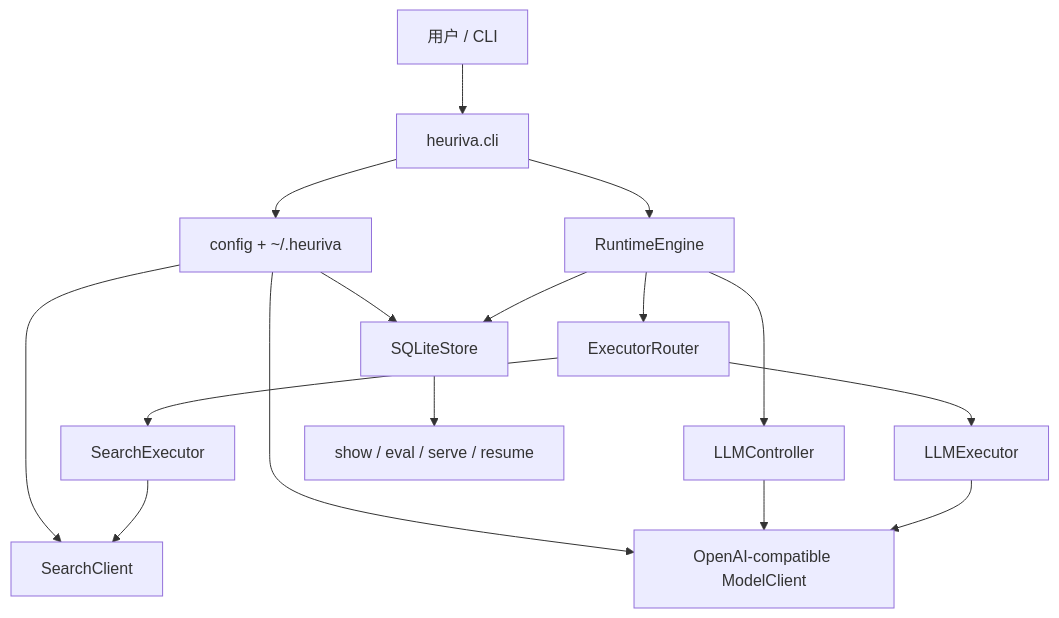
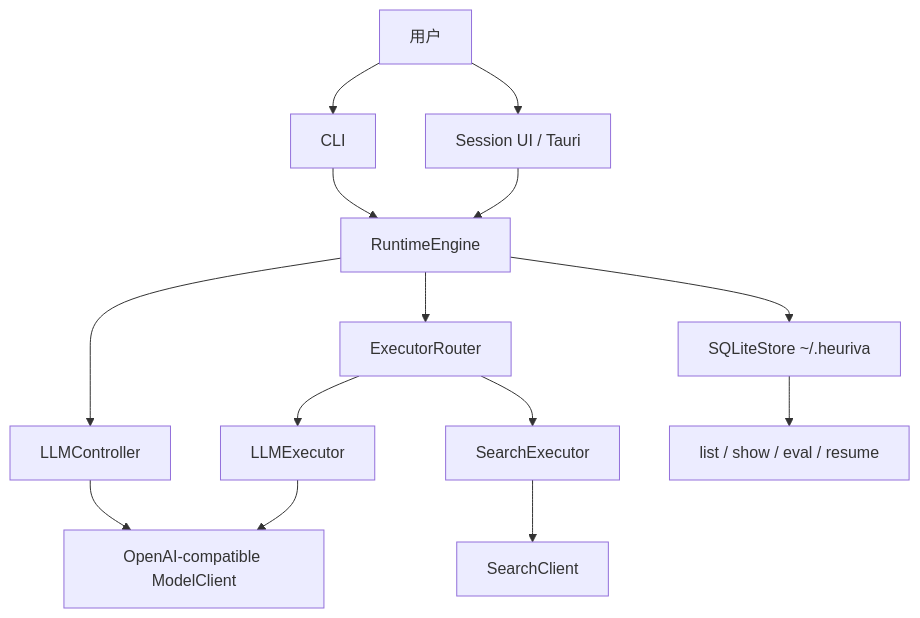
One commit to ingeniousfrog/Heuriva changed the diagram in README-CN.md. Above: the diagram before and after it, drawn with Mermaid. The commit also changed other lines of this file and 1 other file, not shown here.

````diff
--- a/README-CN.md
+++ b/README-CN.md
@@ -82,18 +118,16 @@
 ```mermaid
 flowchart TD
-    User["用户 / CLI"] --> CLI["heuriva.cli"]
-    CLI --> Config["config + ~/.heuriva"]
+    User["用户"] --> CLI["CLI"]
+    User --> Session["Session UI / Tauri"]
     CLI --> Engine["RuntimeEngine"]
-    Config --> Model["OpenAI-compatible ModelClient"]
-    Config --> Search["SearchClient"]
-    Config --> Store["SQLiteStore"]
+    Session --> Engine
     Engine --> Controller["LLMController"]
-    Controller --> Model
     Engine --> Router["ExecutorRouter"]
+    Controller --> Model["OpenAI-compatible ModelClient"]
     Router --> LLMExec["LLMExecutor"]
     Router --> SearchExec["SearchExecutor"]
     LLMExec --> Model
-    SearchExec --> Search
-    Engine --> Store
-    Store --> Inspect["show / eval / serve / resume"]
+    SearchExec --> Search["SearchClient"]
+    Engine --> Store["SQLiteStore ~/.heuriva"]
+    Store --> Inspect["list / show / eval / resume"]
 ```
````
